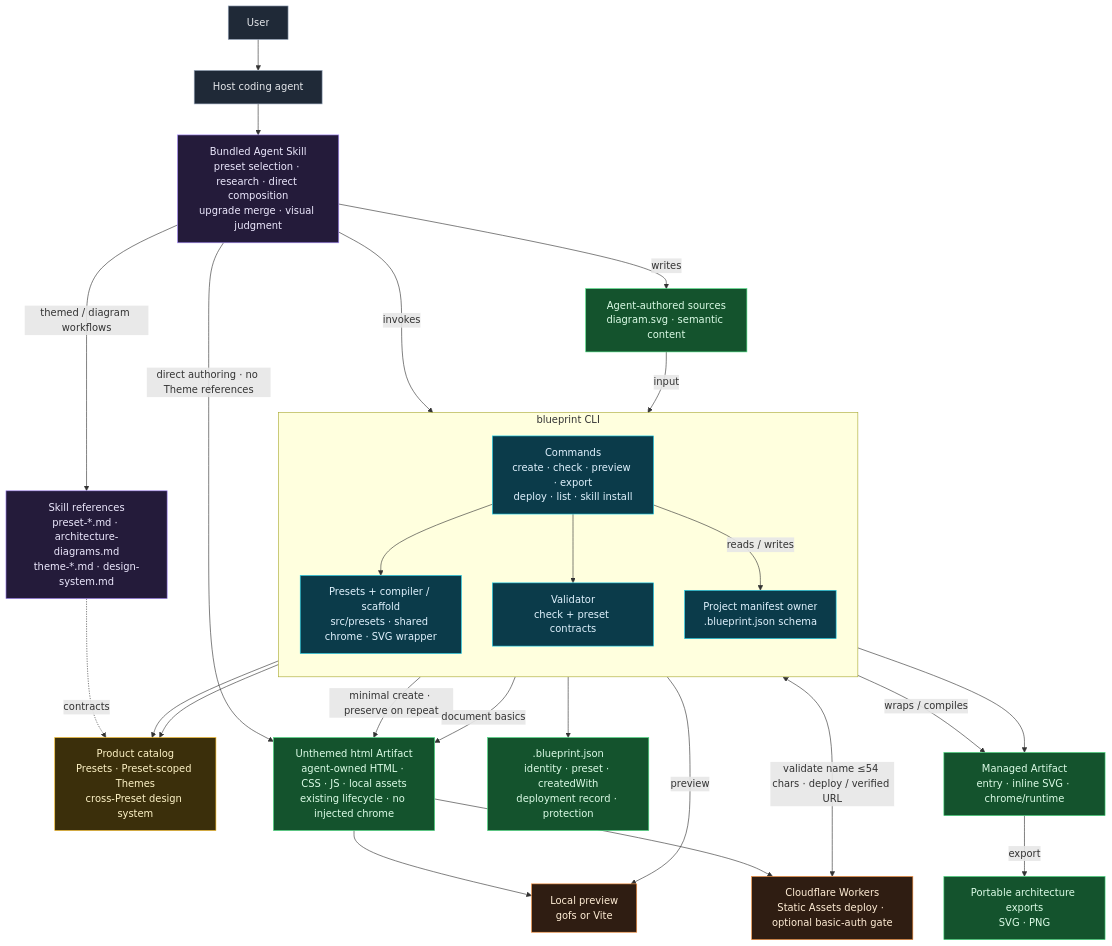
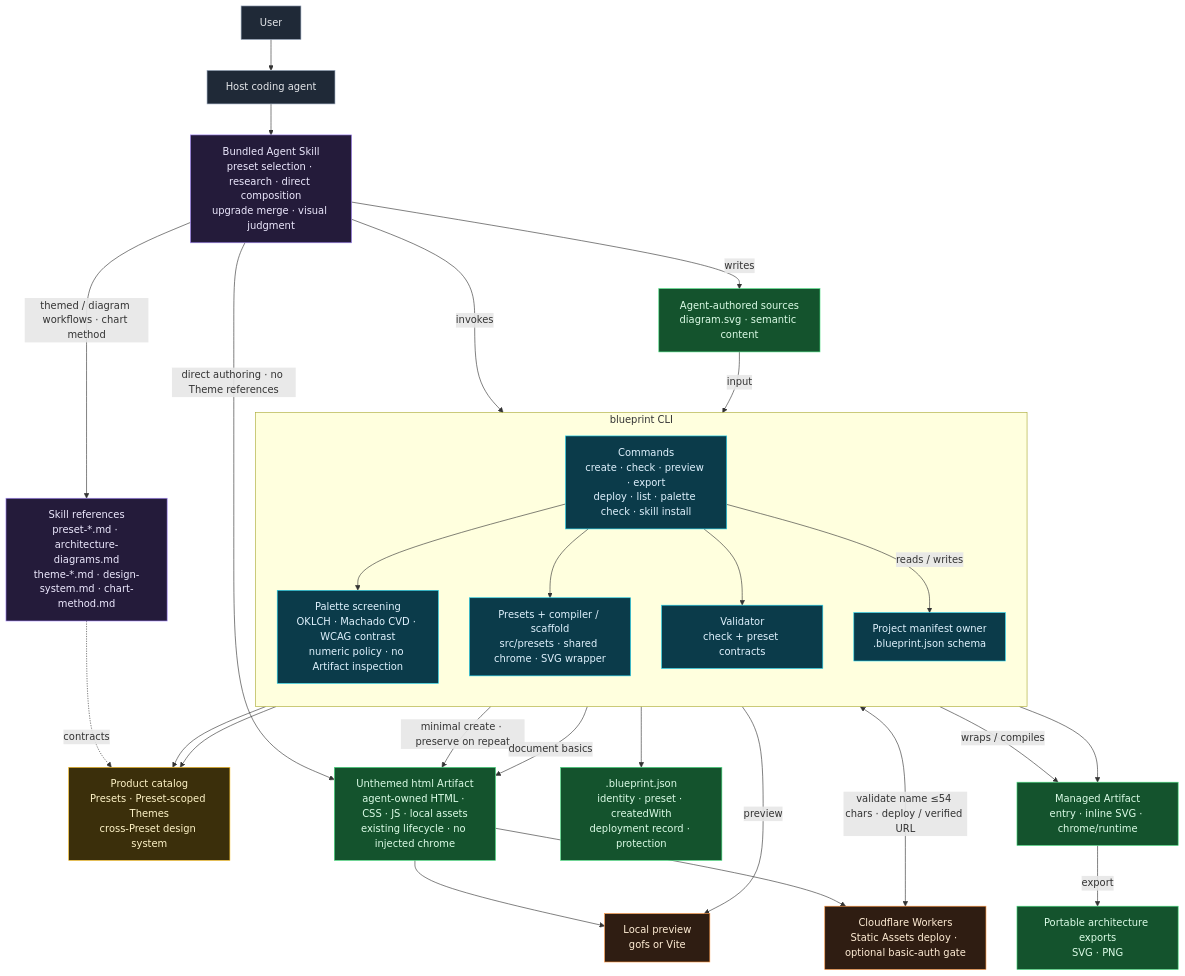
One commit to samzong/blueprint changed the diagram in docs/architecture/live/blueprint.mmd. Above: the diagram before and after it, drawn with Mermaid. The commit also changed 7 other files, not shown here.

Commit message:
feat(charts): add authoring toolkit and palette screening (#29)

```diff
--- a/docs/architecture/live/blueprint.mmd
+++ b/docs/architecture/live/blueprint.mmd
@@ -1,60 +1,62 @@
 %% blueprint — CLI + Agent Skill architecture
 %% Single source of truth for this repository's system boundary.
 %% UPDATE THIS FILE in the same change whenever the architecture changes.
 %% See README.md in this directory.
 flowchart TB
     classDef actor fill:#1f2937,stroke:#94a3b8,stroke-width:1px,color:#e5e7eb
     classDef skill fill:#241b3a,stroke:#a78bfa,stroke-width:1px,color:#ede9fe
     classDef cli fill:#0b3b4a,stroke:#22d3ee,stroke-width:1px,color:#e0f2fe
     classDef catalog fill:#3b2f0b,stroke:#fbbf24,stroke-width:1px,color:#fef3c7
     classDef artifact fill:#14532d,stroke:#4ade80,stroke-width:1px,color:#dcfce7
     classDef external fill:#2f1d12,stroke:#fb923c,stroke-width:1px,color:#ffedd5
 
     User["User"]:::actor
     Agent["Host coding agent"]:::actor
 
     Skill["Bundled Agent Skill<br/>preset selection · research · direct composition<br/>upgrade merge · visual judgment"]:::skill
-    Refs["Skill references<br/>preset-*.md · architecture-diagrams.md<br/>theme-*.md · design-system.md"]:::skill
+    Refs["Skill references<br/>preset-*.md · architecture-diagrams.md<br/>theme-*.md · design-system.md · chart-method.md"]:::skill
 
     subgraph CLI["blueprint CLI"]
         direction TB
-        Commands["Commands<br/>create · check · preview · export<br/>deploy · list · skill install"]:::cli
+        Commands["Commands<br/>create · check · preview · export<br/>deploy · list · palette check · skill install"]:::cli
         Compiler["Presets + compiler / scaffold<br/>src/presets · shared chrome · SVG wrapper"]:::cli
         Validator["Validator<br/>check + preset contracts"]:::cli
+        Palette["Palette screening<br/>OKLCH · Machado CVD · WCAG contrast<br/>numeric policy · no Artifact inspection"]:::cli
+        Commands --> Palette
         Manifest["Project manifest owner<br/>.blueprint.json schema"]:::cli
         Commands --> Compiler
         Commands --> Validator
         Commands -->|"reads / writes"| Manifest
     end
 
     Catalog["Product catalog<br/>Presets · Preset-scoped Themes<br/>cross-Preset design system"]:::catalog
 
     Sources["Agent-authored sources<br/>diagram.svg · semantic content"]:::artifact
     Artifact["Managed Artifact<br/>entry · inline SVG · chrome/runtime"]:::artifact
     ProjectMeta[".blueprint.json<br/>identity · preset · createdWith<br/>deployment record · protection"]:::artifact
     Html["Unthemed html Artifact<br/>agent-owned HTML · CSS · JS · local assets<br/>existing lifecycle · no injected chrome"]:::artifact
     Portable["Portable architecture exports<br/>SVG · PNG"]:::artifact
 
     Preview["Local preview<br/>gofs or Vite"]:::external
     Wrangler["Cloudflare Workers<br/>Static Assets deploy · optional basic-auth gate"]:::external
 
     User --> Agent
     Agent --> Skill
-    Skill -->|"themed / diagram workflows"| Refs
+    Skill -->|"themed / diagram workflows · chart method"| Refs
     Skill -->|"invokes"| Commands
     Skill -->|"writes"| Sources
     Skill -->|"direct authoring · no Theme references"| Html
     Commands -->|"minimal create · preserve on repeat"| Html
     Validator -->|"document basics"| Html
     Html --> Preview
     Html --> Wrangler
     Refs -.->|"contracts"| Catalog
     Compiler --> Catalog
     Validator --> Catalog
     Sources -->|"input"| Compiler
     Compiler -->|"wraps / compiles"| Artifact
     Artifact -->|"export"| Portable
     Validator --> Artifact
     Manifest --> ProjectMeta
     Commands -->|"preview"| Preview
     Commands <-->|"validate name ≤54 chars · deploy / verified URL"| Wrangler
```
